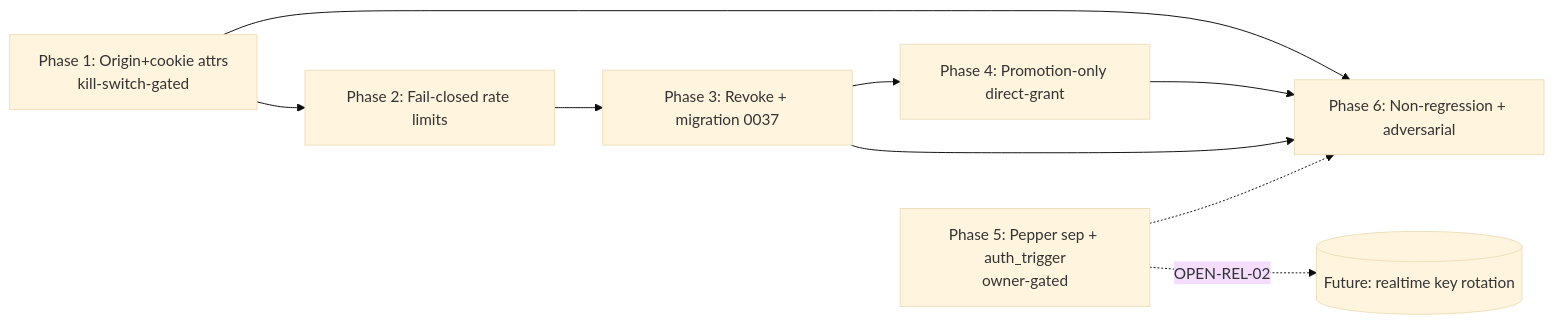
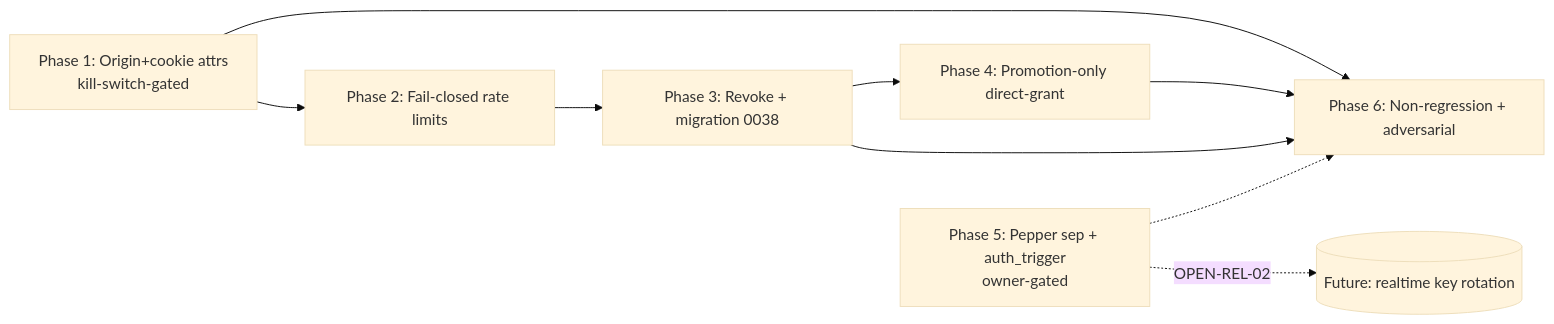
The diagram in .ai/03_plans/2026-07-07-invite-token-flow-hardening/11_IMPLEMENTATION_PLAN.md (pjel888/archestimator), drawn with Mermaid (base theme) before and after one commit. The commit also changed other lines of this file and 48 other files, not shown here.

````diff
--- a/.ai/03_plans/2026-07-07-invite-token-flow-hardening/11_IMPLEMENTATION_PLAN.md
+++ b/.ai/03_plans/2026-07-07-invite-token-flow-hardening/11_IMPLEMENTATION_PLAN.md
@@ -294,11 +294,11 @@
 ```mermaid
 flowchart LR
   P1[Phase 1: Origin+cookie attrs<br/>kill-switch-gated] --> P2[Phase 2: Fail-closed rate limits]
   P1 --> P6[Phase 6: Non-regression + adversarial]
-  P2 --> P3[Phase 3: Revoke + migration 0037]
+  P2 --> P3[Phase 3: Revoke + migration 0038]
   P3 --> P4[Phase 4: Promotion-only direct-grant]
   P4 --> P6
   P3 --> P6
   P5[Phase 5: Pepper sep + auth_trigger<br/>owner-gated] -.-> P6
   P5 -.OPEN-REL-02.-> RT[(Future: realtime key rotation)]
 ```
````
